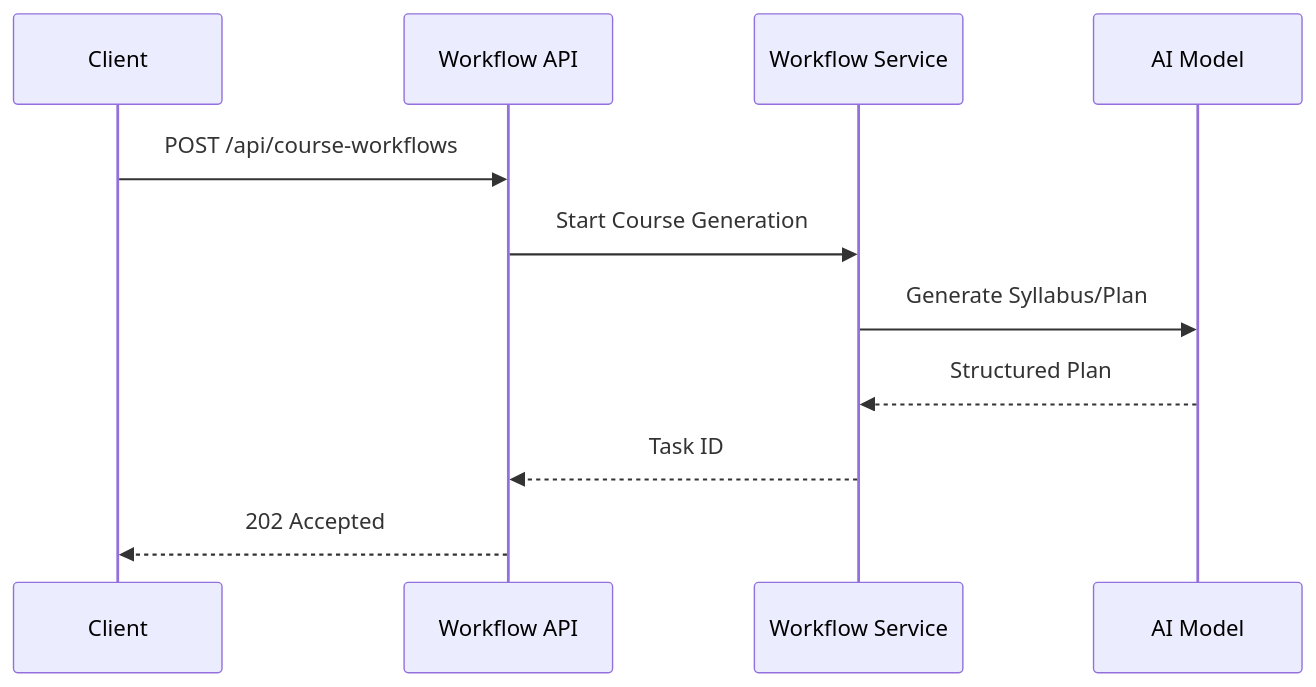
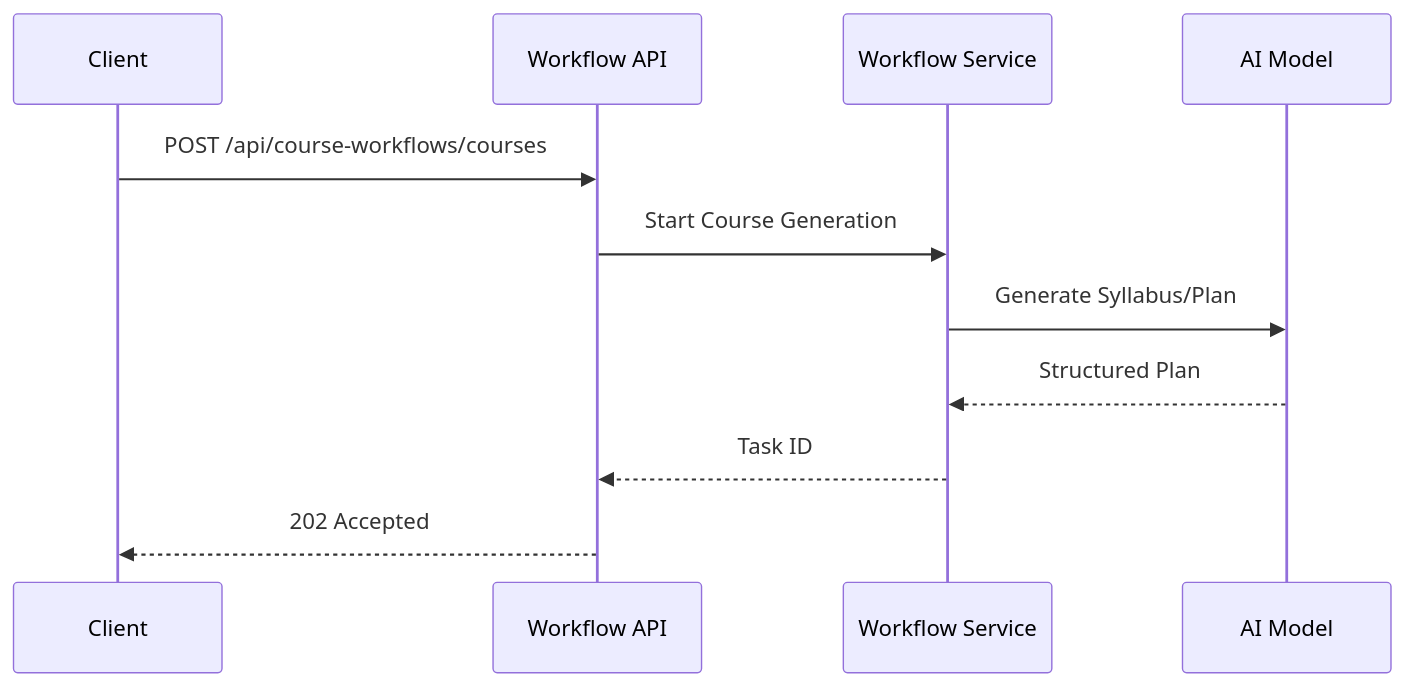
One commit to immagiov4/Nous changed the second of 2 diagrams in .cubic/wiki/06-section-backend/01-p-api-routes.md. Above: the diagram before and after it, drawn with Mermaid. The commit also changed other lines of this file and 24 other files, not shown here.

````diff
--- a/.cubic/wiki/06-section-backend/01-p-api-routes.md
+++ b/.cubic/wiki/06-section-backend/01-p-api-routes.md
@@ -93,14 +93,14 @@
 ```mermaid
 sequenceDiagram
     participant UI as Client
     participant API as Workflow API
     participant WF as Workflow Service
     participant AI as AI Model
 
-    UI->>API: POST /api/course-workflows
+    UI->>API: POST /api/course-workflows/courses
     API->>WF: Start Course Generation
     WF->>AI: Generate Syllabus/Plan
     AI-->>WF: Structured Plan
     WF-->>API: Task ID
     API-->>UI: 202 Accepted
 ```
````
